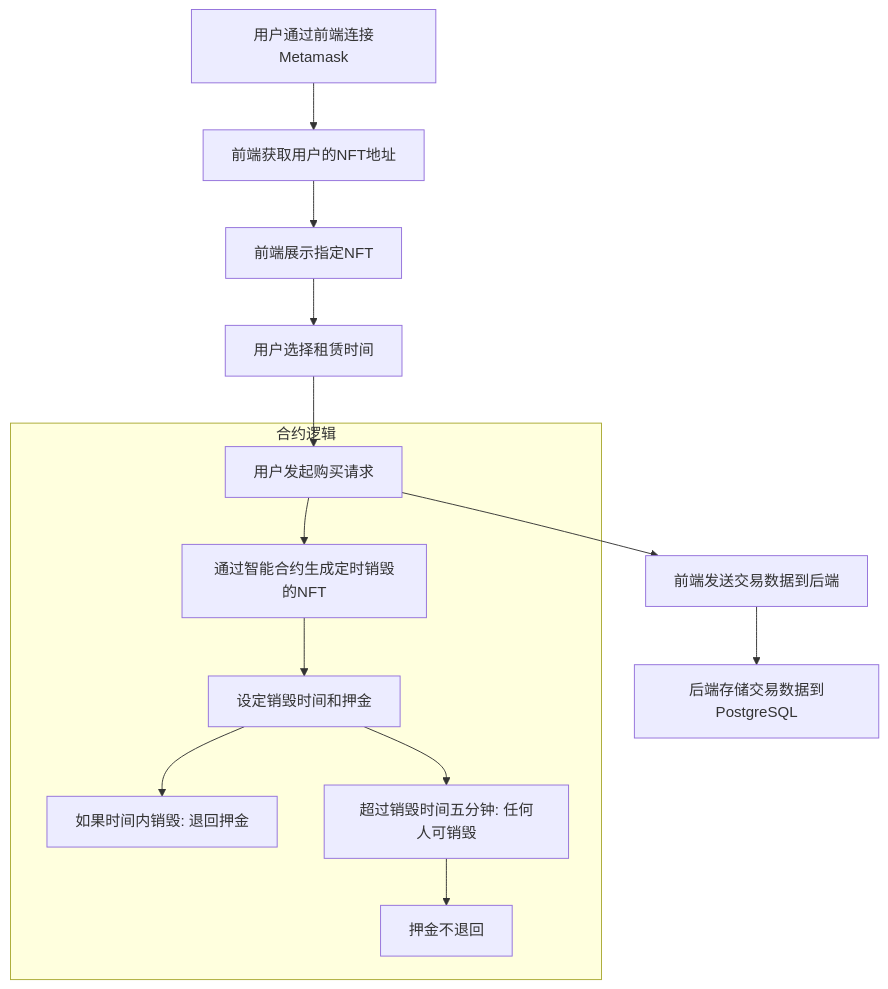
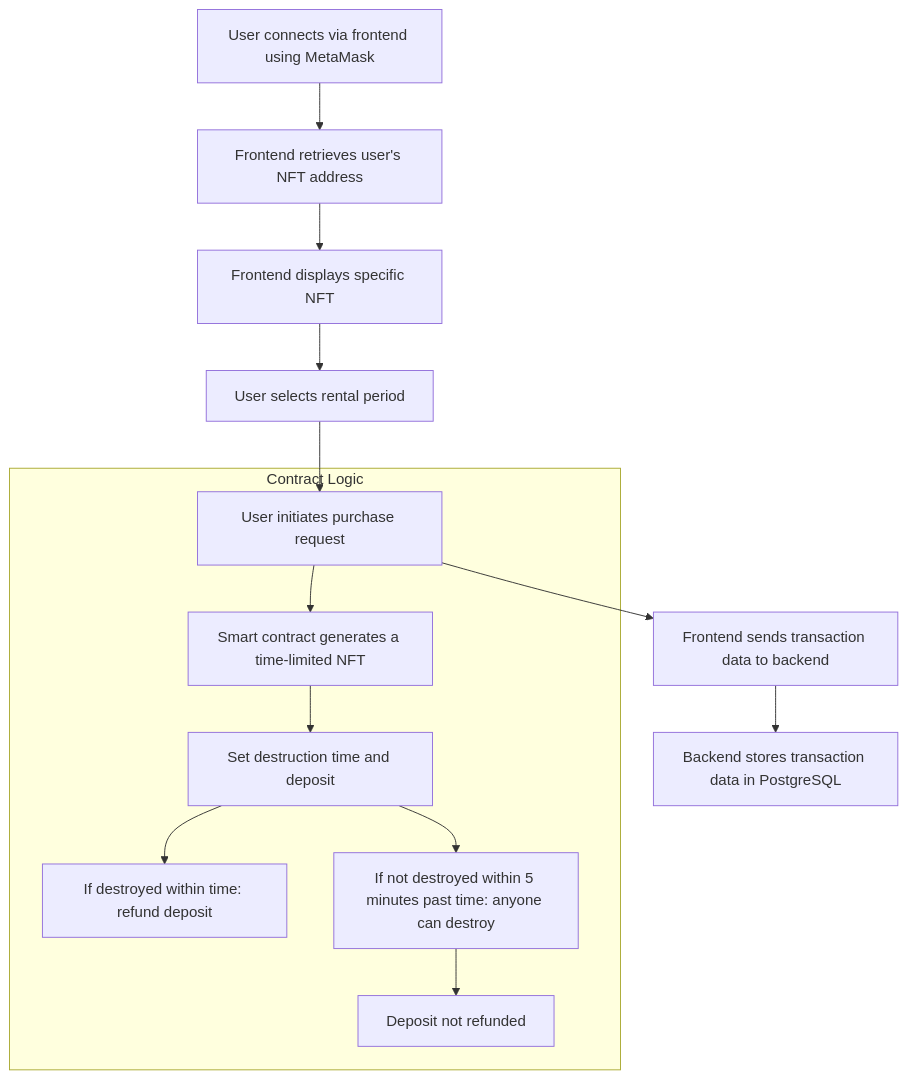
Before and after one commit to vski5/DiagonAlley: the diagram in README.md, drawn with Mermaid. The commit also changed other lines of this file and 1 other file, not shown here.

````diff
--- a/README.md
+++ b/README.md
@@ -32,19 +22,20 @@
 ```mermaid
+
 graph TD
-    A[用户通过前端连接Metamask] --> B[前端获取用户的NFT地址]
-    B --> C[前端展示指定NFT]
-    C --> D[用户选择租赁时间]
-    D --> E[用户发起购买请求]
+    A[User connects via frontend using MetaMask] --> B[Frontend retrieves user's NFT address]
+    B --> C[Frontend displays specific NFT]
+    C --> D[User selects rental period]
+    D --> E[User initiates purchase request]
     
-    subgraph 合约逻辑
-        E --> F[通过智能合约生成定时销毁的NFT]
-        F --> G[设定销毁时间和押金]
-        G --> H[如果时间内销毁: 退回押金]
-        G --> I[超过销毁时间五分钟: 任何人可销毁]
-        I --> J[押金不退回]
+    subgraph Contract Logic
+        E --> F[Smart contract generates a time-limited NFT]
+        F --> G[Set destruction time and deposit]
+        G --> H[If destroyed within time: refund deposit]
+        G --> I[If not destroyed within 5 minutes past time: anyone can destroy]
+        I --> J[Deposit not refunded]
     end
     
-    E --> K[前端发送交易数据到后端]
-    K --> L[后端存储交易数据到PostgreSQL]
+    E --> K[Frontend sends transaction data to backend]
+    K --> L[Backend stores transaction data in PostgreSQL]
 
 ```
````
